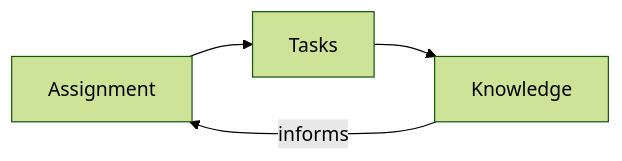
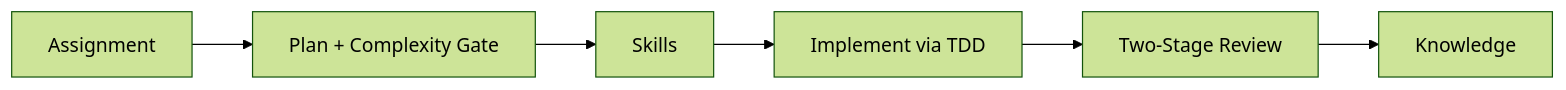
The diagram in README.md (leiwu0227/specdev-cli), drawn with Mermaid (forest theme) before and after one commit. The commit also changed other lines of this file and 32 other files, not shown here.

First line of the commit message:
Add skills library, complexity gate, and superpowers-style TDD enforcement

````diff
--- a/README.md
+++ b/README.md
@@ -5,6 +5,8 @@
 ```mermaid
 graph LR
-    A[Assignment] --> T[Tasks]
-    T --> K[Knowledge]
-    K -->|informs| A
+    A[Assignment] --> P[Plan + Complexity Gate]
+    P --> S[Skills]
+    S --> I[Implement via TDD]
+    I --> V[Two-Stage Review]
+    V --> K[Knowledge]
 ```
````
